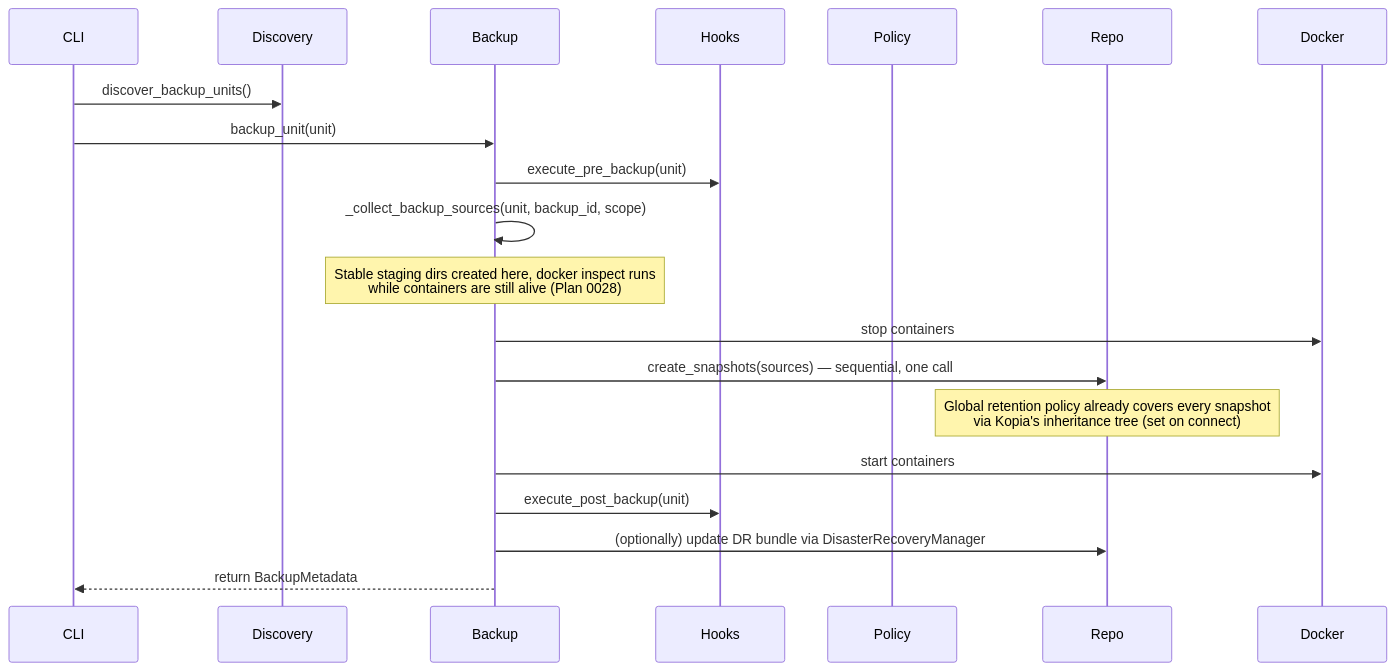
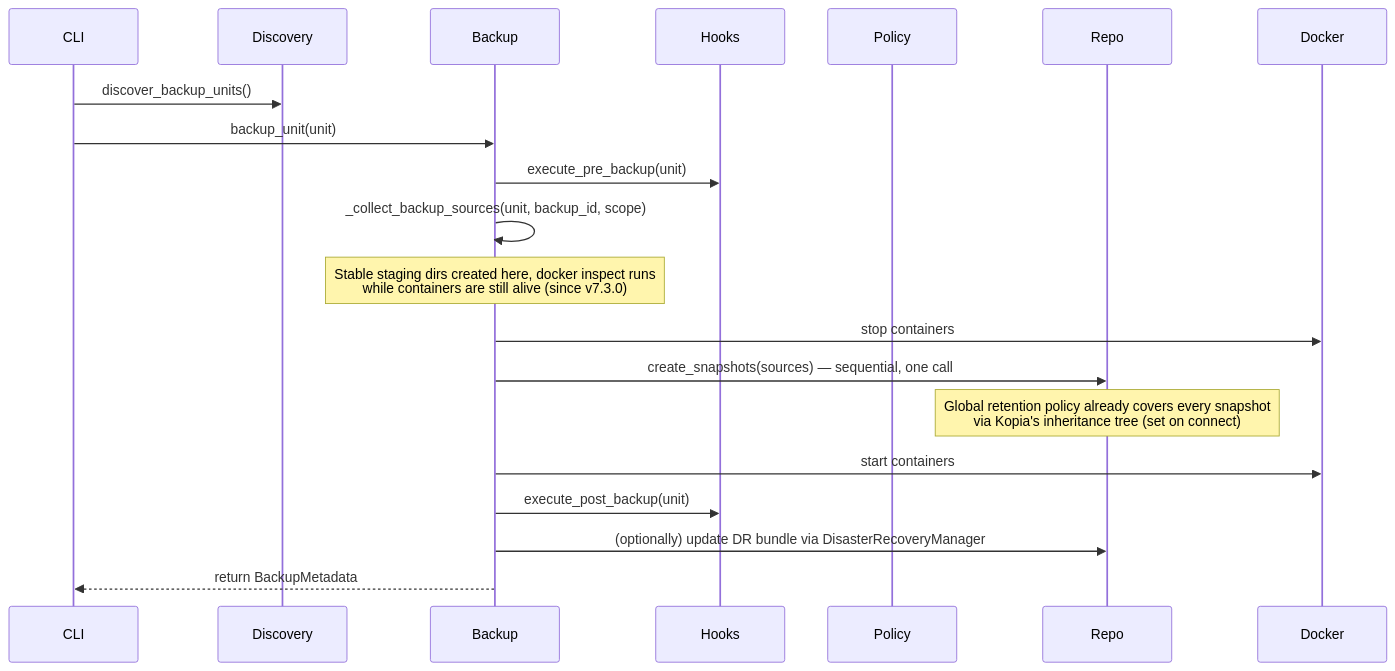
The sixth of 9 diagrams in docs/ARCHITECTURE.md (TZERO78/kopi-docka), drawn with Mermaid before and after one commit. The commit also changed other lines of this file and 3 other files, not shown here.

````diff
--- a/docs/ARCHITECTURE.md
+++ b/docs/ARCHITECTURE.md
@@ -801,23 +801,23 @@
 ```mermaid
 sequenceDiagram
   participant CLI
   participant Discovery
   participant Backup
   participant Hooks
   participant Policy
   participant Repo
   participant Docker
 
   CLI->>Discovery: discover_backup_units()
   CLI->>Backup: backup_unit(unit)
   Backup->>Hooks: execute_pre_backup(unit)
   Backup->>Backup: _collect_backup_sources(unit, backup_id, scope)
-  Note over Backup: Stable staging dirs created here, docker inspect runs<br/>while containers are still alive (Plan 0028)
+  Note over Backup: Stable staging dirs created here, docker inspect runs<br/>while containers are still alive (since v7.3.0)
   Backup->>Docker: stop containers
   Backup->>Repo: create_snapshots(sources) — sequential, one call
   Note over Repo: Global retention policy already covers every snapshot<br/>via Kopia's inheritance tree (set on connect)
   Backup->>Docker: start containers
   Backup->>Hooks: execute_post_backup(unit)
   Backup->>Repo: (optionally) update DR bundle via DisasterRecoveryManager
   Backup-->>CLI: return BackupMetadata
 ```
````
